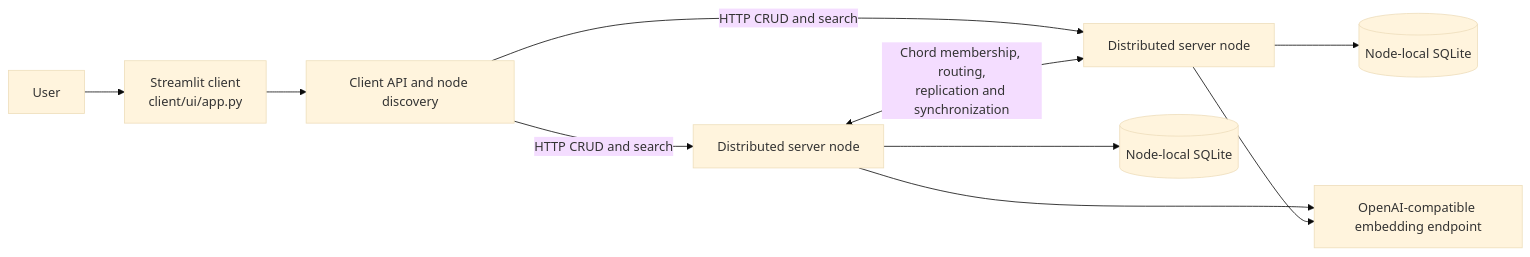
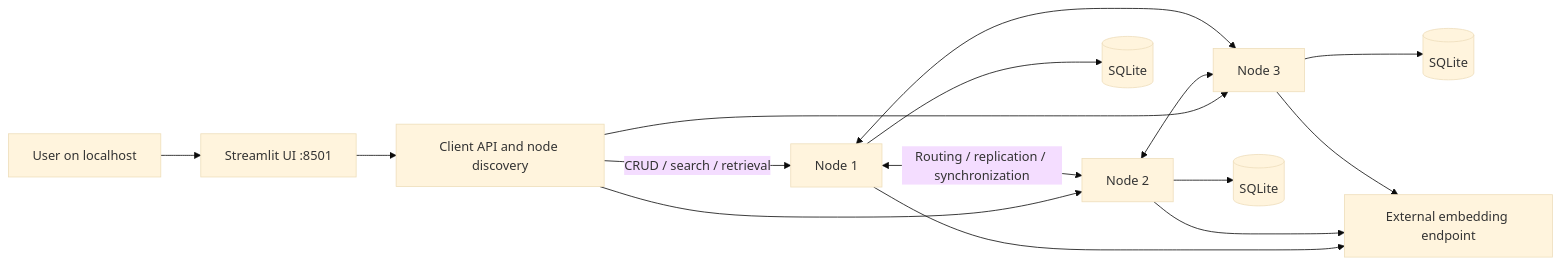
The diagram in README.md (FVSB/InfoChord), drawn with Mermaid (base theme) before and after one commit. The commit also changed other lines of this file and 6 other files, not shown here.

````diff
--- a/README.md
+++ b/README.md
@@ -16,12 +14,17 @@
 ```mermaid
 flowchart LR
-    U[User] --> UI[Streamlit client<br/>client/ui/app.py]
-    UI --> API[Client API and node discovery]
-    API -->|HTTP CRUD and search| N1[Distributed server node]
-    API -->|HTTP CRUD and search| N2[Distributed server node]
-    N1 <-->|Chord membership, routing,<br/>replication and synchronization| N2
-    N1 --> DB1[(Node-local SQLite)]
-    N2 --> DB2[(Node-local SQLite)]
-    N1 --> EMB[OpenAI-compatible embedding endpoint]
-    N2 --> EMB
+    U[User on localhost] --> UI[Streamlit UI :8501]
+    UI --> C[Client API and node discovery]
+    C -->|CRUD / search / retrieval| N1[Node 1]
+    C --> N2[Node 2]
+    C --> N3[Node 3]
+    N1 <-->|Routing / replication / synchronization| N2
+    N2 <--> N3
+    N3 <--> N1
+    N1 --> D1[(SQLite)]
+    N2 --> D2[(SQLite)]
+    N3 --> D3[(SQLite)]
+    N1 --> E[External embedding endpoint]
+    N2 --> E
+    N3 --> E
 ```
````
